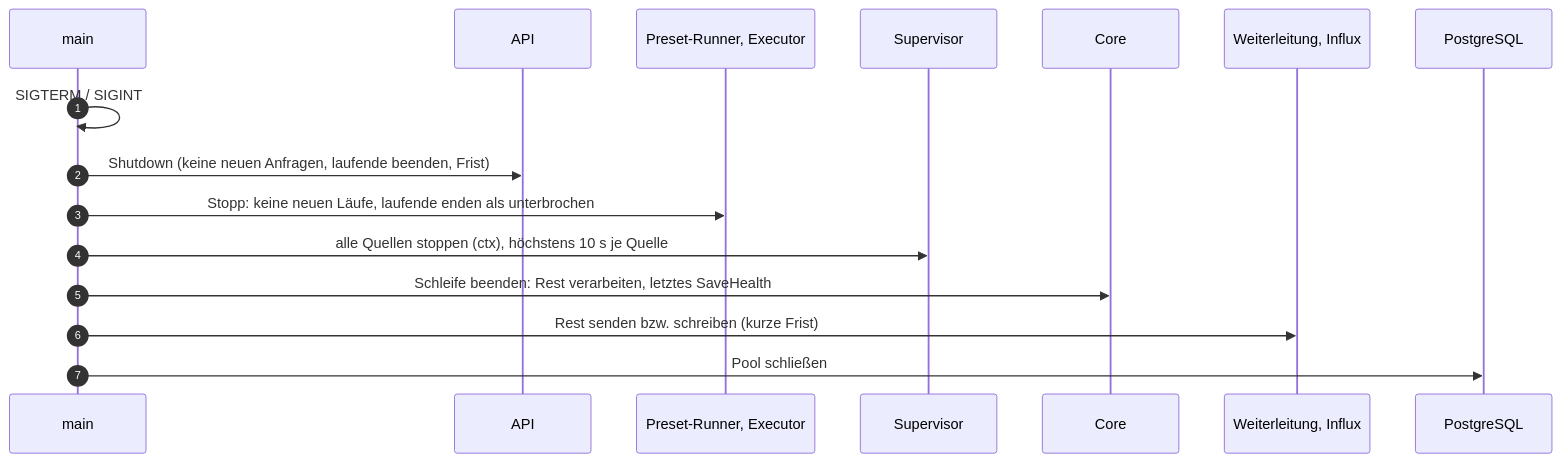
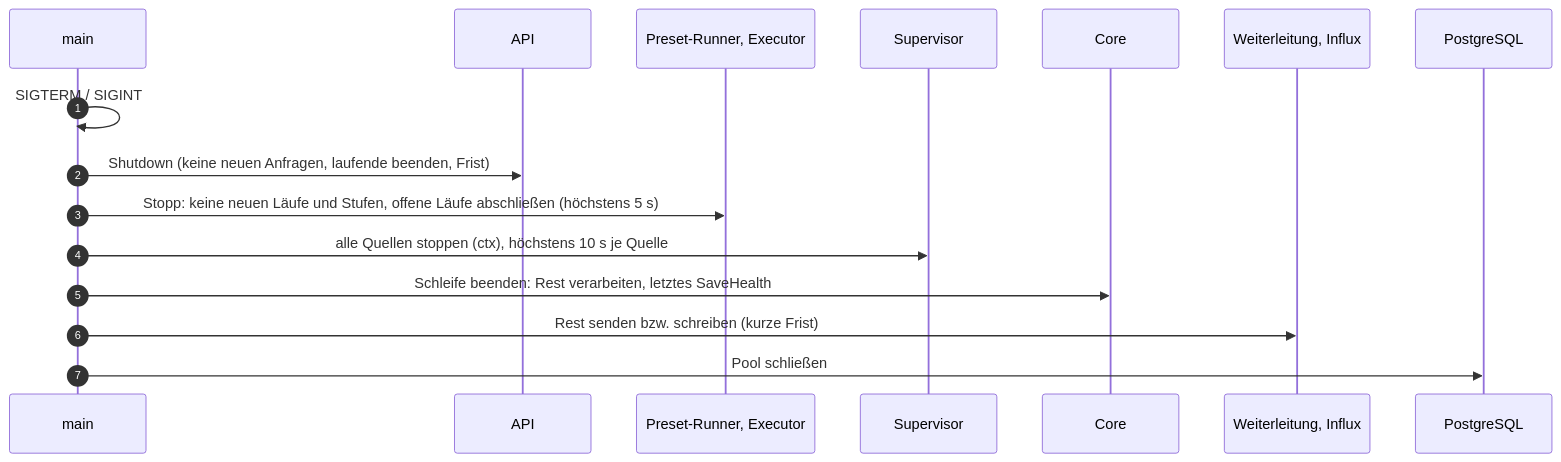
One commit to lukirs95/monika changed the second of 6 diagrams in docs/contracts/flows.md. Above: the diagram before and after it, drawn with Mermaid. The commit also changed other lines of this file and 8 other files, not shown here.

First line of the commit message:
docs: apply architecture audit to contracts, API and status

````diff
--- a/docs/contracts/flows.md
+++ b/docs/contracts/flows.md
@@ -61,19 +61,19 @@
 ```mermaid
 sequenceDiagram
     autonumber
     participant M as main
     participant A as API
     participant P as Preset-Runner, Executor
     participant Sup as Supervisor
     participant C as Core
     participant X as Weiterleitung, Influx
     participant DB as PostgreSQL
 
     M->>M: SIGTERM / SIGINT
     M->>A: Shutdown (keine neuen Anfragen, laufende beenden, Frist)
-    M->>P: Stopp: keine neuen Läufe, laufende enden als unterbrochen
+    M->>P: Stopp: keine neuen Läufe und Stufen, offene Läufe abschließen (höchstens 5 s)
     M->>Sup: alle Quellen stoppen (ctx), höchstens 10 s je Quelle
     M->>C: Schleife beenden: Rest verarbeiten, letztes SaveHealth
     M->>X: Rest senden bzw. schreiben (kurze Frist)
     M->>DB: Pool schließen
 ```
````
